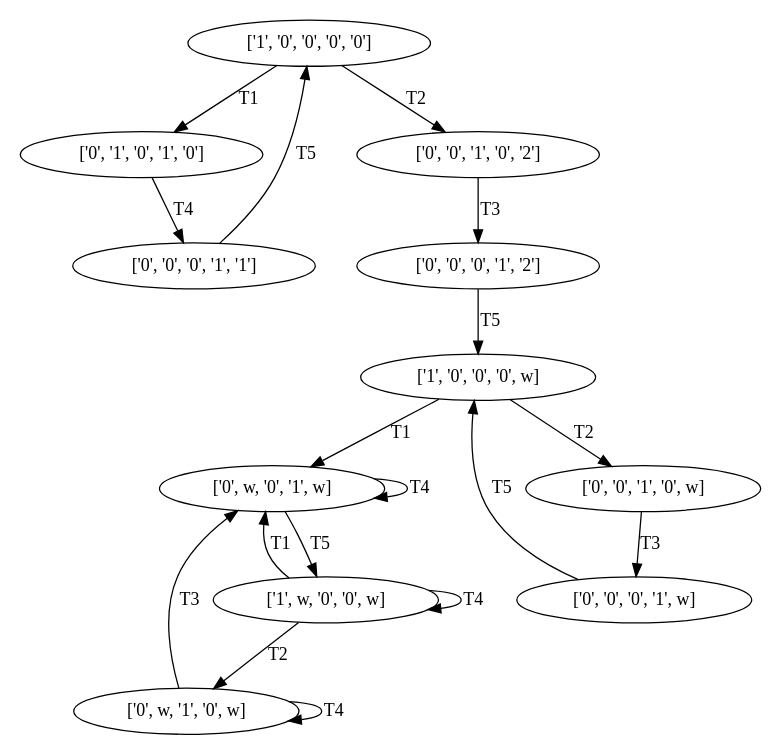
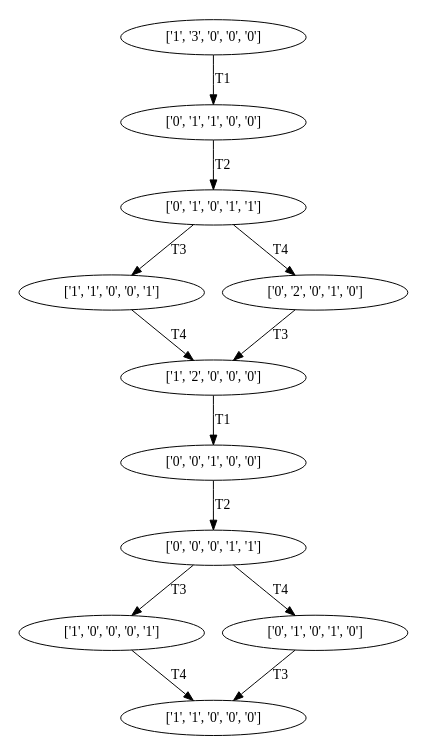
The diagram in Digraph.gv (Ivanrs297/Petri-Net-python), drawn with Graphviz before and after one commit. The commit also changed 5 other files, not shown here.

```diff
--- a/Digraph.gv
+++ b/Digraph.gv
@@ -1,91 +1,112 @@
 // Reach Graph
 strict digraph {
 	size="8,5"
-	"['1', '0', '0', '0', '0']" [label="['1', '0', '0', '0', '0']"]
+	"['1', '3', '0', '0', '0']" [label="['1', '3', '0', '0', '0']"]
+	"['0', '1', '1', '0', '0']" [label="['0', '1', '1', '0', '0']"]
+	"['1', '3', '0', '0', '0']" -> "['0', '1', '1', '0', '0']" [label=T1]
+	"['0', '1', '1', '0', '0']" [label="['0', '1', '1', '0', '0']"]
+	"['0', '1', '1', '0', '0']" [label="['0', '1', '1', '0', '0']"]
+	"['0', '1', '0', '1', '1']" [label="['0', '1', '0', '1', '1']"]
+	"['0', '1', '1', '0', '0']" -> "['0', '1', '0', '1', '1']" [label=T2]
+	"['0', '1', '1', '0', '0']" [label="['0', '1', '1', '0', '0']"]
+	"['0', '1', '0', '1', '1']" [label="['0', '1', '0', '1', '1']"]
+	"['0', '1', '1', '0', '0']" -> "['0', '1', '0', '1', '1']" [label=T2]
+	"['0', '1', '0', '1', '1']" [label="['0', '1', '0', '1', '1']"]
+	"['1', '1', '0', '0', '1']" [label="['1', '1', '0', '0', '1']"]
+	"['0', '1', '0', '1', '1']" -> "['1', '1', '0', '0', '1']" [label=T3]
+	"['0', '2', '0', '1', '0']" [label="['0', '2', '0', '1', '0']"]
+	"['0', '1', '0', '1', '1']" -> "['0', '2', '0', '1', '0']" [label=T4]
+	"['0', '1', '0', '1', '1']" [label="['0', '1', '0', '1', '1']"]
+	"['1', '1', '0', '0', '1']" [label="['1', '1', '0', '0', '1']"]
+	"['0', '1', '0', '1', '1']" -> "['1', '1', '0', '0', '1']" [label=T3]
+	"['0', '2', '0', '1', '0']" [label="['0', '2', '0', '1', '0']"]
+	"['0', '1', '0', '1', '1']" -> "['0', '2', '0', '1', '0']" [label=T4]
+	"['1', '1', '0', '0', '1']" [label="['1', '1', '0', '0', '1']"]
+	"['1', '2', '0', '0', '0']" [label="['1', '2', '0', '0', '0']"]
+	"['1', '1', '0', '0', '1']" -> "['1', '2', '0', '0', '0']" [label=T4]
+	"['0', '2', '0', '1', '0']" [label="['0', '2', '0', '1', '0']"]
+	"['1', '2', '0', '0', '0']" [label="['1', '2', '0', '0', '0']"]
+	"['0', '2', '0', '1', '0']" -> "['1', '2', '0', '0', '0']" [label=T3]
+	"['1', '1', '0', '0', '1']" [label="['1', '1', '0', '0', '1']"]
+	"['1', '2', '0', '0', '0']" [label="['1', '2', '0', '0', '0']"]
+	"['1', '1', '0', '0', '1']" -> "['1', '2', '0', '0', '0']" [label=T4]
+	"['0', '2', '0', '1', '0']" [label="['0', '2', '0', '1', '0']"]
+	"['1', '2', '0', '0', '0']" [label="['1', '2', '0', '0', '0']"]
+	"['0', '2', '0', '1', '0']" -> "['1', '2', '0', '0', '0']" [label=T3]
+	"['1', '2', '0', '0', '0']" [label="['1', '2', '0', '0', '0']"]
+	"['0', '0', '1', '0', '0']" [label="['0', '0', '1', '0', '0']"]
+	"['1', '2', '0', '0', '0']" -> "['0', '0', '1', '0', '0']" [label=T1]
+	"['1', '2', '0', '0', '0']" [label="['1', '2', '0', '0', '0']"]
+	"['0', '0', '1', '0', '0']" [label="['0', '0', '1', '0', '0']"]
+	"['1', '2', '0', '0', '0']" -> "['0', '0', '1', '0', '0']" [label=T1]
+	"['1', '2', '0', '0', '0']" [label="['1', '2', '0', '0', '0']"]
+	"['0', '0', '1', '0', '0']" [label="['0', '0', '1', '0', '0']"]
+	"['1', '2', '0', '0', '0']" -> "['0', '0', '1', '0', '0']" [label=T1]
+	"['1', '2', '0', '0', '0']" [label="['1', '2', '0', '0', '0']"]
+	"['0', '0', '1', '0', '0']" [label="['0', '0', '1', '0', '0']"]
+	"['1', '2', '0', '0', '0']" -> "['0', '0', '1', '0', '0']" [label=T1]
+	"['0', '0', '1', '0', '0']" [label="['0', '0', '1', '0', '0']"]
+	"['0', '0', '0', '1', '1']" [label="['0', '0', '0', '1', '1']"]
+	"['0', '0', '1', '0', '0']" -> "['0', '0', '0', '1', '1']" [label=T2]
+	"['0', '0', '1', '0', '0']" [label="['0', '0', '1', '0', '0']"]
+	"['0', '0', '0', '1', '1']" [label="['0', '0', '0', '1', '1']"]
+	"['0', '0', '1', '0', '0']" -> "['0', '0', '0', '1', '1']" [label=T2]
+	"['0', '0', '1', '0', '0']" [label="['0', '0', '1', '0', '0']"]
+	"['0', '0', '0', '1', '1']" [label="['0', '0', '0', '1', '1']"]
+	"['0', '0', '1', '0', '0']" -> "['0', '0', '0', '1', '1']" [label=T2]
+	"['0', '0', '1', '0', '0']" [label="['0', '0', '1', '0', '0']"]
+	"['0', '0', '0', '1', '1']" [label="['0', '0', '0', '1', '1']"]
+	"['0', '0', '1', '0', '0']" -> "['0', '0', '0', '1', '1']" [label=T2]
+	"['0', '0', '0', '1', '1']" [label="['0', '0', '0', '1', '1']"]
+	"['1', '0', '0', '0', '1']" [label="['1', '0', '0', '0', '1']"]
+	"['0', '0', '0', '1', '1']" -> "['1', '0', '0', '0', '1']" [label=T3]
 	"['0', '1', '0', '1', '0']" [label="['0', '1', '0', '1', '0']"]
-	"['1', '0', '0', '0', '0']" -> "['0', '1', '0', '1', '0']" [label=T1]
-	"['0', '0', '1', '0', '2']" [label="['0', '0', '1', '0', '2']"]
-	"['1', '0', '0', '0', '0']" -> "['0', '0', '1', '0', '2']" [label=T2]
+	"['0', '0', '0', '1', '1']" -> "['0', '1', '0', '1', '0']" [label=T4]
+	"['0', '0', '0', '1', '1']" [label="['0', '0', '0', '1', '1']"]
+	"['1', '0', '0', '0', '1']" [label="['1', '0', '0', '0', '1']"]
+	"['0', '0', '0', '1', '1']" -> "['1', '0', '0', '0', '1']" [label=T3]
 	"['0', '1', '0', '1', '0']" [label="['0', '1', '0', '1', '0']"]
-	"['0', '0', '1', '0', '2']" [label="['0', '0', '1', '0', '2']"]
+	"['0', '0', '0', '1', '1']" -> "['0', '1', '0', '1', '0']" [label=T4]
+	"['0', '0', '0', '1', '1']" [label="['0', '0', '0', '1', '1']"]
+	"['1', '0', '0', '0', '1']" [label="['1', '0', '0', '0', '1']"]
+	"['0', '0', '0', '1', '1']" -> "['1', '0', '0', '0', '1']" [label=T3]
 	"['0', '1', '0', '1', '0']" [label="['0', '1', '0', '1', '0']"]
+	"['0', '0', '0', '1', '1']" -> "['0', '1', '0', '1', '0']" [label=T4]
 	"['0', '0', '0', '1', '1']" [label="['0', '0', '0', '1', '1']"]
-	"['0', '1', '0', '1', '0']" -> "['0', '0', '0', '1', '1']" [label=T4]
-	"['0', '0', '1', '0', '2']" [label="['0', '0', '1', '0', '2']"]
-	"['0', '0', '0', '1', '2']" [label="['0', '0', '0', '1', '2']"]
-	"['0', '0', '1', '0', '2']" -> "['0', '0', '0', '1', '2']" [label=T3]
+	"['1', '0', '0', '0', '1']" [label="['1', '0', '0', '0', '1']"]
+	"['0', '0', '0', '1', '1']" -> "['1', '0', '0', '0', '1']" [label=T3]
 	"['0', '1', '0', '1', '0']" [label="['0', '1', '0', '1', '0']"]
-	"['0', '0', '0', '1', '1']" [label="['0', '0', '0', '1', '1']"]
-	"['0', '1', '0', '1', '0']" -> "['0', '0', '0', '1', '1']" [label=T4]
-	"['0', '0', '1', '0', '2']" [label="['0', '0', '1', '0', '2']"]
-	"['0', '0', '0', '1', '2']" [label="['0', '0', '0', '1', '2']"]
-	"['0', '0', '1', '0', '2']" -> "['0', '0', '0', '1', '2']" [label=T3]
-	"['0', '0', '0', '1', '1']" [label="['0', '0', '0', '1', '1']"]
-	"['1', '0', '0', '0', '0']" [label="['1', '0', '0', '0', '0']"]
-	"['0', '0', '0', '1', '1']" -> "['1', '0', '0', '0', '0']" [label=T5]
-	"['0', '0', '0', '1', '2']" [label="['0', '0', '0', '1', '2']"]
-	"['1', '0', '0', '0', w]" [label="['1', '0', '0', '0', w]"]
-	"['0', '0', '0', '1', '2']" -> "['1', '0', '0', '0', w]" [label=T5]
-	"['0', '0', '0', '1', '1']" [label="['0', '0', '0', '1', '1']"]
-	"['1', '0', '0', '0', '0']" [label="['1', '0', '0', '0', '0']"]
-	"['0', '0', '0', '1', '1']" -> "['1', '0', '0', '0', '0']" [label=T5]
-	"['0', '0', '0', '1', '2']" [label="['0', '0', '0', '1', '2']"]
-	"['1', '0', '0', '0', w]" [label="['1', '0', '0', '0', w]"]
-	"['0', '0', '0', '1', '2']" -> "['1', '0', '0', '0', w]" [label=T5]
-	"['1', '0', '0', '0', w]" [label="['1', '0', '0', '0', w]"]
-	"['0', w, '0', '1', w]" [label="['0', w, '0', '1', w]"]
-	"['1', '0', '0', '0', w]" -> "['0', w, '0', '1', w]" [label=T1]
-	"['0', '0', '1', '0', w]" [label="['0', '0', '1', '0', w]"]
-	"['1', '0', '0', '0', w]" -> "['0', '0', '1', '0', w]" [label=T2]
-	"['1', '0', '0', '0', w]" [label="['1', '0', '0', '0', w]"]
-	"['0', w, '0', '1', w]" [label="['0', w, '0', '1', w]"]
-	"['1', '0', '0', '0', w]" -> "['0', w, '0', '1', w]" [label=T1]
-	"['0', '0', '1', '0', w]" [label="['0', '0', '1', '0', w]"]
-	"['1', '0', '0', '0', w]" -> "['0', '0', '1', '0', w]" [label=T2]
-	"['0', w, '0', '1', w]" [label="['0', w, '0', '1', w]"]
-	"['0', w, '0', '1', w]" [label="['0', w, '0', '1', w]"]
-	"['0', w, '0', '1', w]" -> "['0', w, '0', '1', w]" [label=T4]
-	"['1', w, '0', '0', w]" [label="['1', w, '0', '0', w]"]
-	"['0', w, '0', '1', w]" -> "['1', w, '0', '0', w]" [label=T5]
-	"['0', '0', '1', '0', w]" [label="['0', '0', '1', '0', w]"]
-	"['0', '0', '0', '1', w]" [label="['0', '0', '0', '1', w]"]
-	"['0', '0', '1', '0', w]" -> "['0', '0', '0', '1', w]" [label=T3]
-	"['0', w, '0', '1', w]" [label="['0', w, '0', '1', w]"]
-	"['0', w, '0', '1', w]" [label="['0', w, '0', '1', w]"]
-	"['0', w, '0', '1', w]" -> "['0', w, '0', '1', w]" [label=T4]
-	"['1', w, '0', '0', w]" [label="['1', w, '0', '0', w]"]
-	"['0', w, '0', '1', w]" -> "['1', w, '0', '0', w]" [label=T5]
-	"['0', '0', '1', '0', w]" [label="['0', '0', '1', '0', w]"]
-	"['0', '0', '0', '1', w]" [label="['0', '0', '0', '1', w]"]
-	"['0', '0', '1', '0', w]" -> "['0', '0', '0', '1', w]" [label=T3]
-	"['1', w, '0', '0', w]" [label="['1', w, '0', '0', w]"]
-	"['0', w, '0', '1', w]" [label="['0', w, '0', '1', w]"]
-	"['1', w, '0', '0', w]" -> "['0', w, '0', '1', w]" [label=T1]
-	"['0', w, '1', '0', w]" [label="['0', w, '1', '0', w]"]
-	"['1', w, '0', '0', w]" -> "['0', w, '1', '0', w]" [label=T2]
-	"['1', w, '0', '0', w]" [label="['1', w, '0', '0', w]"]
-	"['1', w, '0', '0', w]" -> "['1', w, '0', '0', w]" [label=T4]
-	"['0', '0', '0', '1', w]" [label="['0', '0', '0', '1', w]"]
-	"['1', '0', '0', '0', w]" [label="['1', '0', '0', '0', w]"]
-	"['0', '0', '0', '1', w]" -> "['1', '0', '0', '0', w]" [label=T5]
-	"['1', w, '0', '0', w]" [label="['1', w, '0', '0', w]"]
-	"['0', w, '0', '1', w]" [label="['0', w, '0', '1', w]"]
-	"['1', w, '0', '0', w]" -> "['0', w, '0', '1', w]" [label=T1]
-	"['0', w, '1', '0', w]" [label="['0', w, '1', '0', w]"]
-	"['1', w, '0', '0', w]" -> "['0', w, '1', '0', w]" [label=T2]
-	"['1', w, '0', '0', w]" [label="['1', w, '0', '0', w]"]
-	"['1', w, '0', '0', w]" -> "['1', w, '0', '0', w]" [label=T4]
-	"['0', '0', '0', '1', w]" [label="['0', '0', '0', '1', w]"]
-	"['1', '0', '0', '0', w]" [label="['1', '0', '0', '0', w]"]
-	"['0', '0', '0', '1', w]" -> "['1', '0', '0', '0', w]" [label=T5]
-	"['0', w, '1', '0', w]" [label="['0', w, '1', '0', w]"]
-	"['0', w, '0', '1', w]" [label="['0', w, '0', '1', w]"]
-	"['0', w, '1', '0', w]" -> "['0', w, '0', '1', w]" [label=T3]
-	"['0', w, '1', '0', w]" [label="['0', w, '1', '0', w]"]
-	"['0', w, '1', '0', w]" -> "['0', w, '1', '0', w]" [label=T4]
-	"['0', w, '1', '0', w]" [label="['0', w, '1', '0', w]"]
-	"['0', w, '0', '1', w]" [label="['0', w, '0', '1', w]"]
-	"['0', w, '1', '0', w]" -> "['0', w, '0', '1', w]" [label=T3]
-	"['0', w, '1', '0', w]" [label="['0', w, '1', '0', w]"]
-	"['0', w, '1', '0', w]" -> "['0', w, '1', '0', w]" [label=T4]
+	"['0', '0', '0', '1', '1']" -> "['0', '1', '0', '1', '0']" [label=T4]
+	"['1', '0', '0', '0', '1']" [label="['1', '0', '0', '0', '1']"]
+	"['1', '1', '0', '0', '0']" [label="['1', '1', '0', '0', '0']"]
+	"['1', '0', '0', '0', '1']" -> "['1', '1', '0', '0', '0']" [label=T4]
+	"['0', '1', '0', '1', '0']" [label="['0', '1', '0', '1', '0']"]
+	"['1', '1', '0', '0', '0']" [label="['1', '1', '0', '0', '0']"]
+	"['0', '1', '0', '1', '0']" -> "['1', '1', '0', '0', '0']" [label=T3]
+	"['1', '0', '0', '0', '1']" [label="['1', '0', '0', '0', '1']"]
+	"['1', '1', '0', '0', '0']" [label="['1', '1', '0', '0', '0']"]
+	"['1', '0', '0', '0', '1']" -> "['1', '1', '0', '0', '0']" [label=T4]
+	"['0', '1', '0', '1', '0']" [label="['0', '1', '0', '1', '0']"]
+	"['1', '1', '0', '0', '0']" [label="['1', '1', '0', '0', '0']"]
+	"['0', '1', '0', '1', '0']" -> "['1', '1', '0', '0', '0']" [label=T3]
+	"['1', '0', '0', '0', '1']" [label="['1', '0', '0', '0', '1']"]
+	"['1', '1', '0', '0', '0']" [label="['1', '1', '0', '0', '0']"]
+	"['1', '0', '0', '0', '1']" -> "['1', '1', '0', '0', '0']" [label=T4]
+	"['0', '1', '0', '1', '0']" [label="['0', '1', '0', '1', '0']"]
+	"['1', '1', '0', '0', '0']" [label="['1', '1', '0', '0', '0']"]
+	"['0', '1', '0', '1', '0']" -> "['1', '1', '0', '0', '0']" [label=T3]
+	"['1', '0', '0', '0', '1']" [label="['1', '0', '0', '0', '1']"]
+	"['1', '1', '0', '0', '0']" [label="['1', '1', '0', '0', '0']"]
+	"['1', '0', '0', '0', '1']" -> "['1', '1', '0', '0', '0']" [label=T4]
+	"['0', '1', '0', '1', '0']" [label="['0', '1', '0', '1', '0']"]
+	"['1', '1', '0', '0', '0']" [label="['1', '1', '0', '0', '0']"]
+	"['0', '1', '0', '1', '0']" -> "['1', '1', '0', '0', '0']" [label=T3]
+	"['1', '1', '0', '0', '0']" [label="['1', '1', '0', '0', '0']"]
+	"['1', '1', '0', '0', '0']" [label="['1', '1', '0', '0', '0']"]
+	"['1', '1', '0', '0', '0']" [label="['1', '1', '0', '0', '0']"]
+	"['1', '1', '0', '0', '0']" [label="['1', '1', '0', '0', '0']"]
+	"['1', '1', '0', '0', '0']" [label="['1', '1', '0', '0', '0']"]
+	"['1', '1', '0', '0', '0']" [label="['1', '1', '0', '0', '0']"]
+	"['1', '1', '0', '0', '0']" [label="['1', '1', '0', '0', '0']"]
+	"['1', '1', '0', '0', '0']" [label="['1', '1', '0', '0', '0']"]
 }
```
